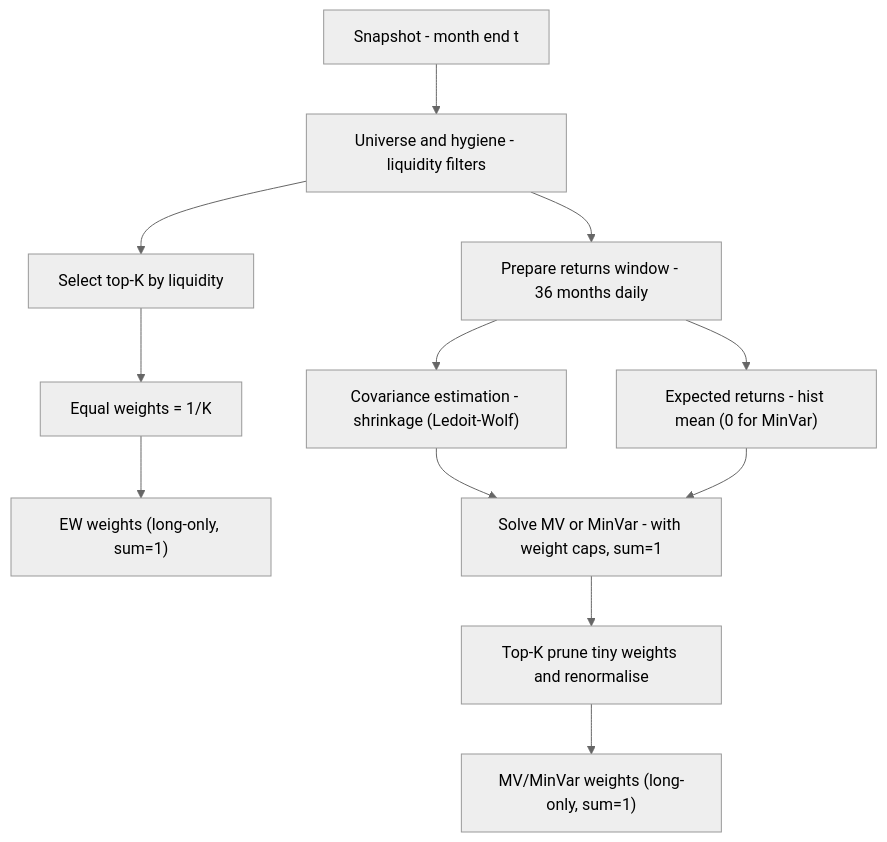
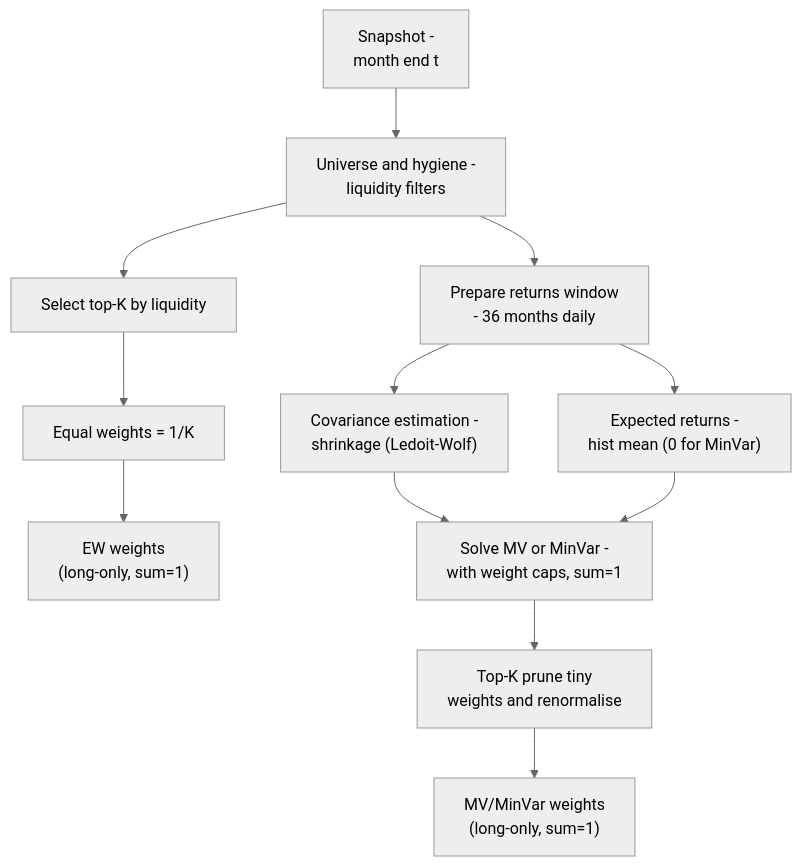
One commit to BrianIsaac/FinanceCoding changed the fourth of 7 diagrams in GNN/test.md. Above: the diagram before and after it, drawn with Mermaid (neutral theme). The commit also changed other lines of this file and 32 other files, not shown here.

````diff
--- a/GNN/test.md
+++ b/GNN/test.md
@@ -100,18 +100,18 @@
 ```mermaid
 flowchart TB
-  A["Snapshot - month end t"] --> B["Universe and hygiene - liquidity filters"]
-  B --> C["Prepare returns window - 36 months daily"]
-  C --> D["Covariance estimation - shrinkage (Ledoit-Wolf)"]
-  C --> E["Expected returns - hist mean (0 for MinVar)"]
+  A["Snapshot -<br/> month end t"] --> B["Universe and hygiene -<br/> liquidity filters"]
+  B --> C["Prepare returns window<br/> - 36 months daily"]
+  C --> D["Covariance estimation -<br/> shrinkage (Ledoit-Wolf)"]
+  C --> E["Expected returns -<br/> hist mean (0 for MinVar)"]
 
   %% EW path
   B --> EW1["Select top-K by liquidity"]
   EW1 --> EW2["Equal weights = 1/K"]
-  EW2 --> W_EW["EW weights (long-only, sum=1)"]
+  EW2 --> W_EW["EW weights <br/>(long-only, sum=1)"]
 
   %% MV / MinVar path
-  D --> MV1["Solve MV or MinVar - with weight caps, sum=1"]
+  D --> MV1["Solve MV or MinVar -<br/> with weight caps, sum=1"]
   E --> MV1
-  MV1 --> MV2["Top-K prune tiny weights and renormalise"]
-  MV2 --> W_MV["MV/MinVar weights (long-only, sum=1)"]
+  MV1 --> MV2["Top-K prune tiny<br/> weights and renormalise"]
+  MV2 --> W_MV["MV/MinVar weights <br/>(long-only, sum=1)"]
 ```
````
